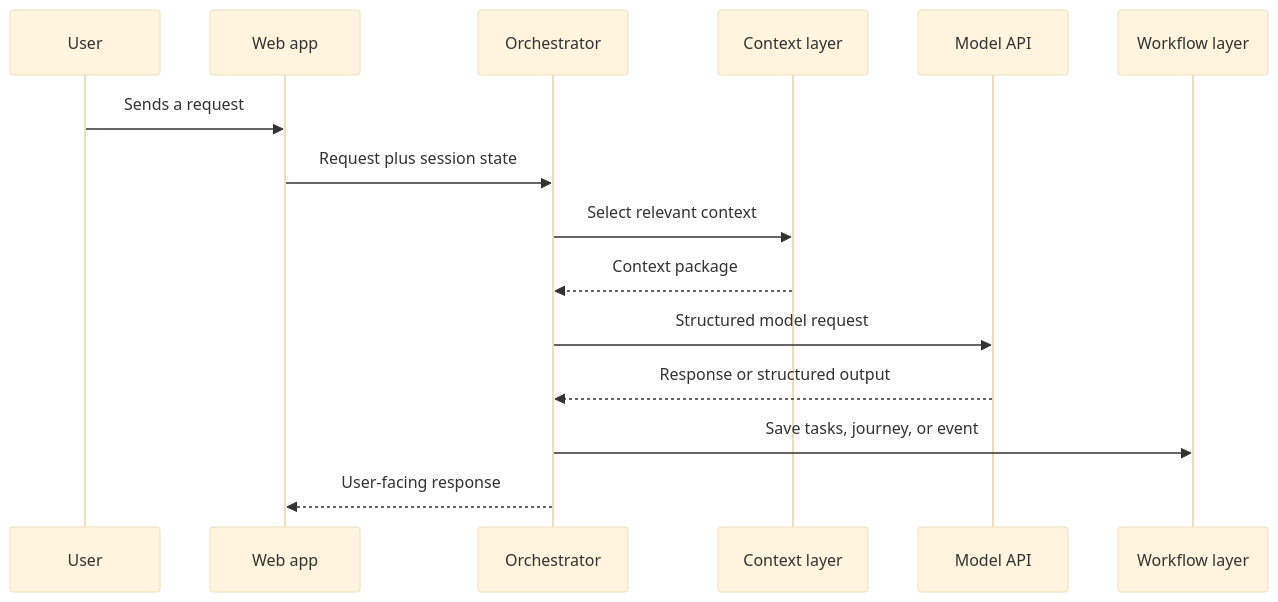
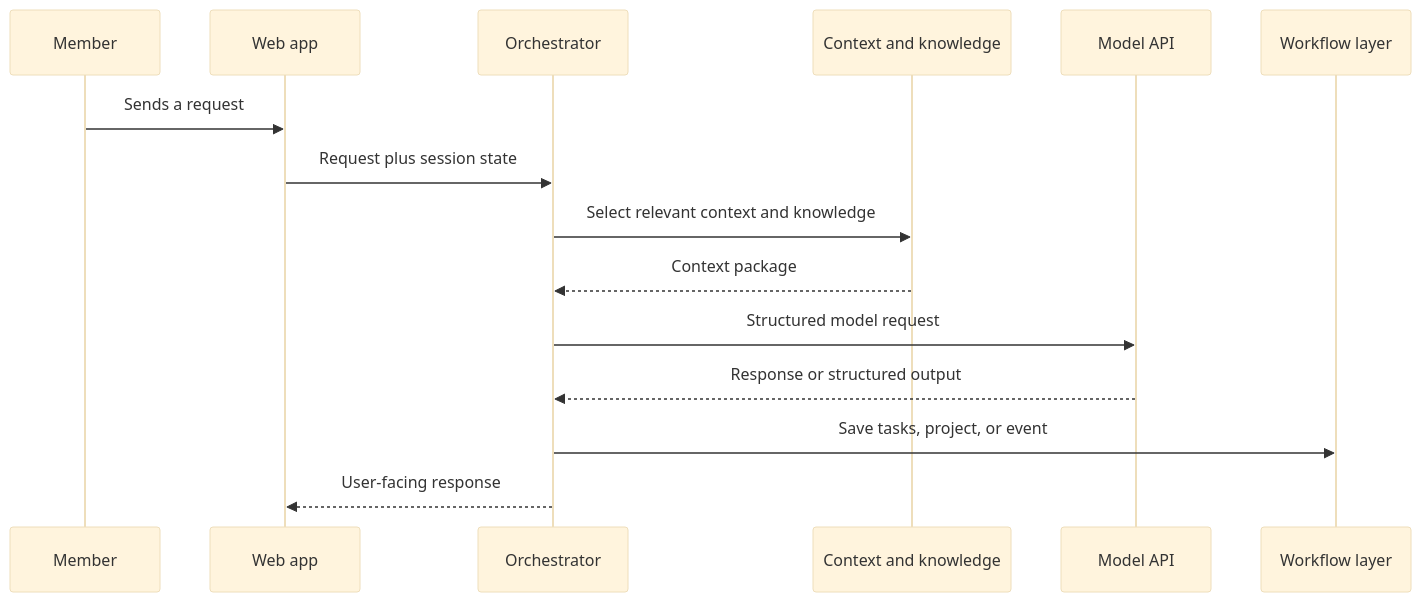
One commit to datamindly-collab/talktolorenzo-showcase changed the first of 5 diagrams in ARCHITECTURE.md. Above: the diagram before and after it, drawn with Mermaid (base theme). The commit also changed other lines of this file and 4 other files, not shown here.

````diff
--- a/ARCHITECTURE.md
+++ b/ARCHITECTURE.md
@@ -41,18 +62,18 @@
 ```mermaid
 sequenceDiagram
-    participant U as User
+    participant U as Member
     participant UI as Web app
     participant O as Orchestrator
-    participant C as Context layer
+    participant C as Context and knowledge
     participant AI as Model API
     participant W as Workflow layer
 
     U->>UI: Sends a request
     UI->>O: Request plus session state
-    O->>C: Select relevant context
+    O->>C: Select relevant context and knowledge
     C-->>O: Context package
     O->>AI: Structured model request
     AI-->>O: Response or structured output
-    O->>W: Save tasks, journey, or event
+    O->>W: Save tasks, project, or event
     O-->>UI: User-facing response
 ```
````
